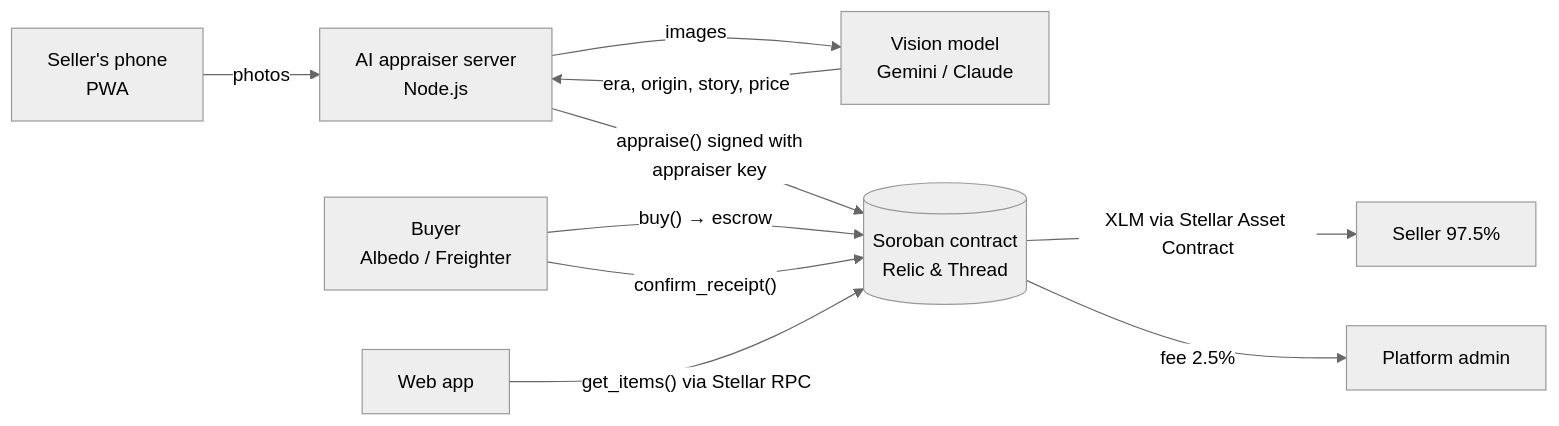
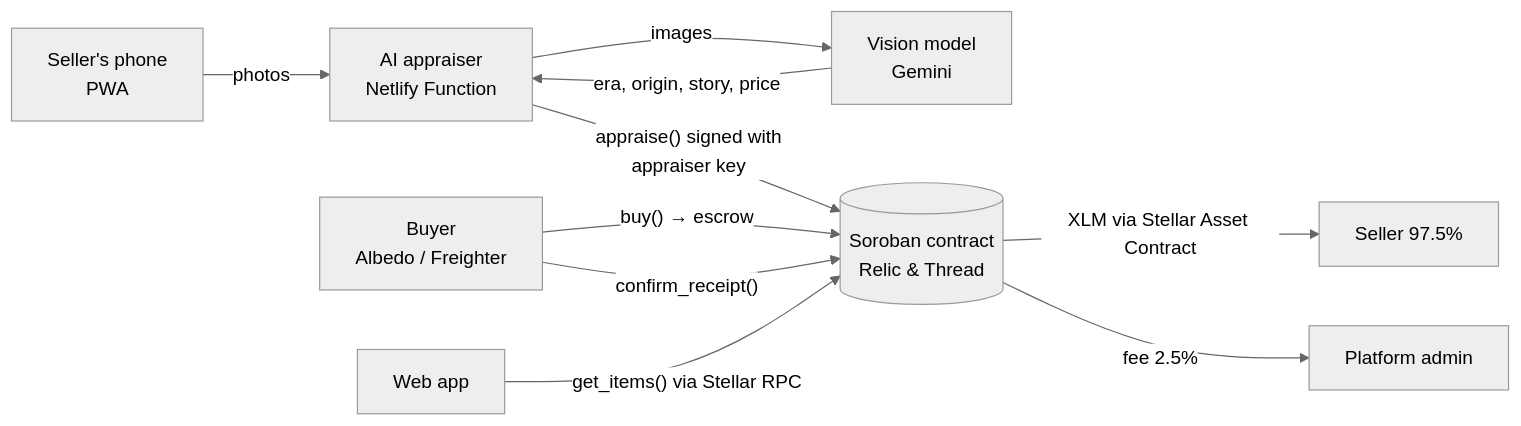
One commit to karmainaria/sansara changed the diagram in README.md. Above: the diagram before and after it, drawn with Mermaid (neutral theme). The commit also changed other lines of this file, not shown here.

First line of the commit message:
README: Netlify appraiser, preview-first sell flow, Gemini

````diff
--- a/README.md
+++ b/README.md
@@ -55,12 +55,12 @@
 ```mermaid
 flowchart LR
-  P[Seller's phone<br/>PWA] -- photos --> S[AI appraiser server<br/>Node.js]
-  S -- images --> G[Vision model<br/>Gemini / Claude]
+  P[Seller's phone<br/>PWA] -- photos --> S[AI appraiser<br/>Netlify Function]
+  S -- images --> G[Vision model<br/>Gemini]
   G -- era, origin, story, price --> S
   S -- "appraise() signed with<br/>appraiser key" --> C[(Soroban contract<br/>Relic & Thread)]
   B[Buyer<br/>Albedo / Freighter] -- "buy() → escrow" --> C
   B -- "confirm_receipt()" --> C
   C -- "XLM via Stellar Asset Contract" --> Sel[Seller 97.5%]
   C -- fee 2.5% --> A[Platform admin]
   W[Web app] -- "get_items() via Stellar RPC" --> C
 ```
````
